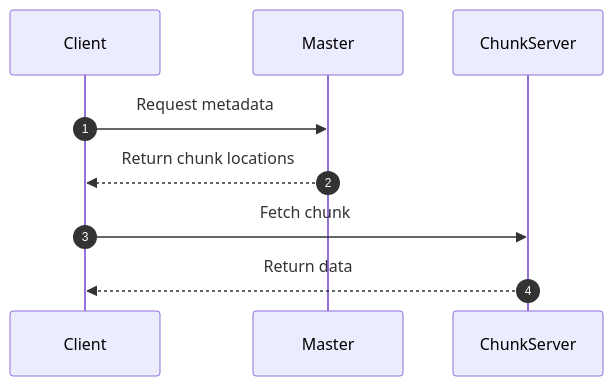
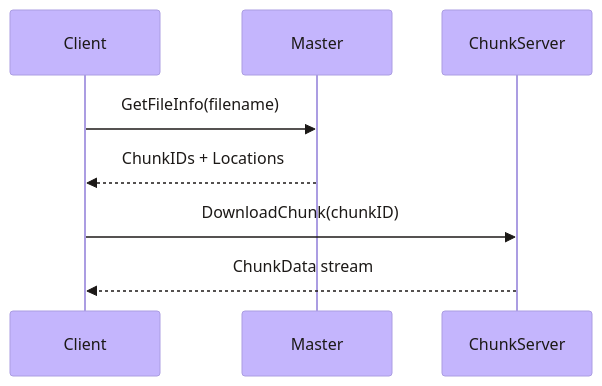
One commit to ChiragJS/DFS changed the third of 3 diagrams in README.md. Above: the diagram before and after it, drawn with Mermaid. The commit also changed other lines of this file and 2 other files, not shown here.

````diff
--- a/README.md
+++ b/README.md
@@ -128,13 +142,12 @@
 ```mermaid
+%%{init: {'theme': 'base', 'themeVariables': { 'primaryColor': '#c4b5fd', 'secondaryColor': '#93c5fd', 'tertiaryColor': '#fef08a', 'primaryTextColor': '#1c1917', 'lineColor': '#8b5cf6'}}}%%
 sequenceDiagram
-    autonumber
     participant C as Client
     participant M as Master
     participant CS as ChunkServer
 
-    C->>M: Request metadata
-    M-->>C: Return chunk locations
-
-    C->>CS: Fetch chunk
-    CS-->>C: Return data
+    C->>M: GetFileInfo(filename)
+    M-->>C: ChunkIDs + Locations
+    C->>CS: DownloadChunk(chunkID)
+    CS-->>C: ChunkData stream
 ```
````
